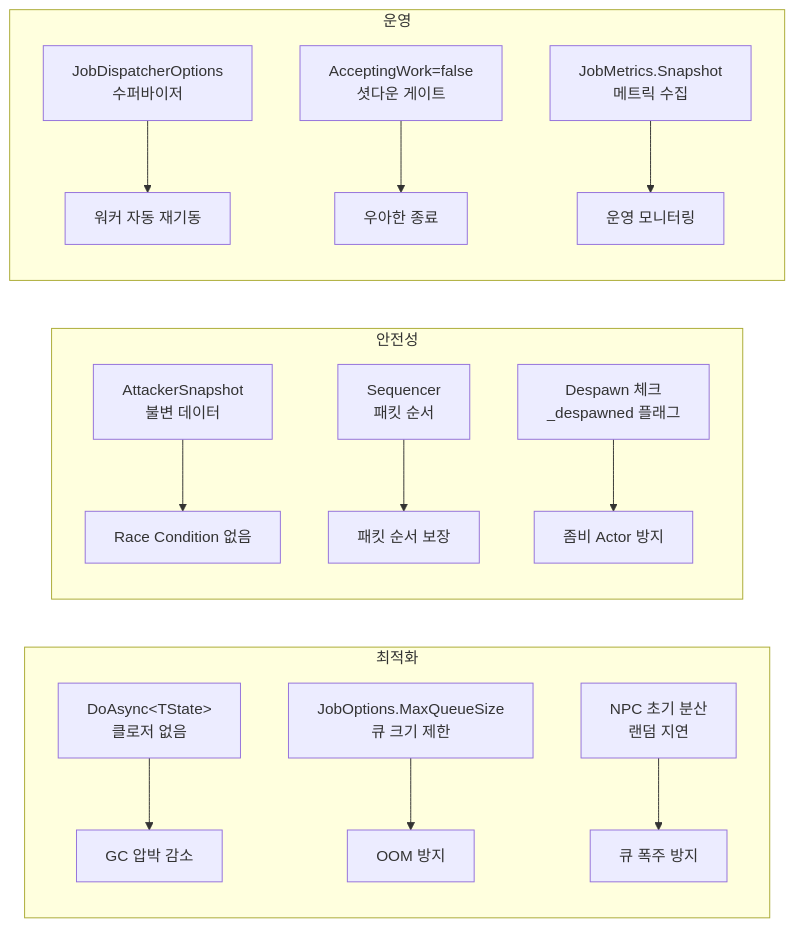
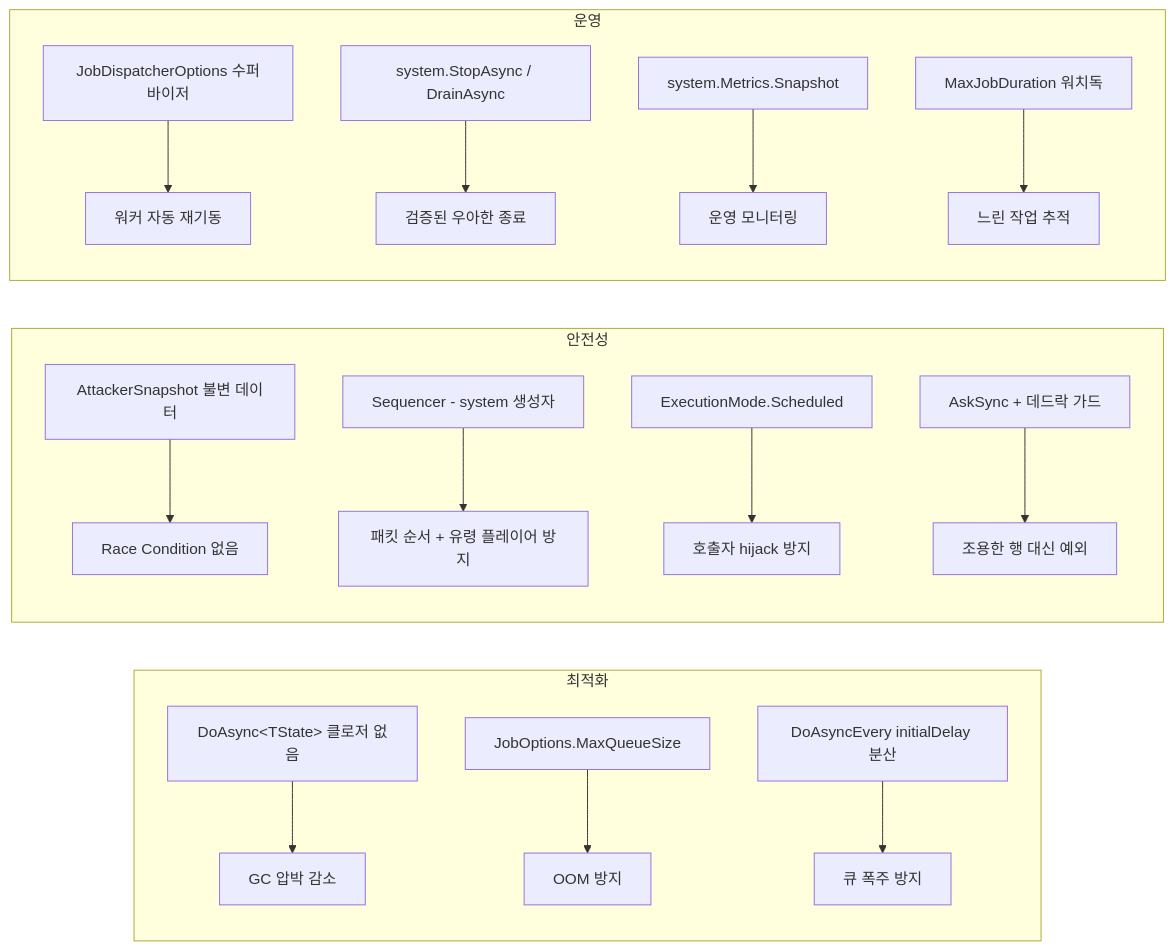
The diagram in Book/chapter12.md (jacking75/JobDispatcherNET), drawn with Mermaid before and after one commit. The commit also changed other lines of this file and 131 other files, not shown here.

````diff
--- a/Book/chapter12.md
+++ b/Book/chapter12.md
@@ -388,18 +634,20 @@
 ```mermaid
 graph LR
     subgraph 최적화
-        A1[DoAsync&lt;TState&gt;\n클로저 없음] --> O1[GC 압박 감소]
-        A2[JobOptions.MaxQueueSize\n큐 크기 제한] --> O2[OOM 방지]
-        A3[NPC 초기 분산\n랜덤 지연] --> O3[큐 폭주 방지]
+        A1[DoAsync&lt;TState&gt; 클로저 없음] --> O1[GC 압박 감소]
+        A2[JobOptions.MaxQueueSize] --> O2[OOM 방지]
+        A3[DoAsyncEvery initialDelay 분산] --> O3[큐 폭주 방지]
     end
     subgraph 안전성
-        B1[AttackerSnapshot\n불변 데이터] --> S1[Race Condition 없음]
-        B2[Sequencer\n패킷 순서] --> S2[패킷 순서 보장]
-        B3[Despawn 체크\n_despawned 플래그] --> S3[좀비 Actor 방지]
+        B1[AttackerSnapshot 불변 데이터] --> S1[Race Condition 없음]
+        B2[Sequencer - system 생성자] --> S2[패킷 순서 + 유령 플레이어 방지]
+        B3[ExecutionMode.Scheduled] --> S3[호출자 hijack 방지]
+        B4[AskSync + 데드락 가드] --> S4[조용한 행 대신 예외]
     end
     subgraph 운영
-        C1[JobDispatcherOptions\n수퍼바이저] --> M1[워커 자동 재기동]
-        C2[AcceptingWork=false\n셧다운 게이트] --> M2[우아한 종료]
-        C3[JobMetrics.Snapshot\n메트릭 수집] --> M3[운영 모니터링]
+        C1[JobDispatcherOptions 수퍼바이저] --> M1[워커 자동 재기동]
+        C2[system.StopAsync / DrainAsync] --> M2[검증된 우아한 종료]
+        C3[system.Metrics.Snapshot] --> M3[운영 모니터링]
+        C4[MaxJobDuration 워치독] --> M4[느린 작업 추적]
     end
 ```
````
